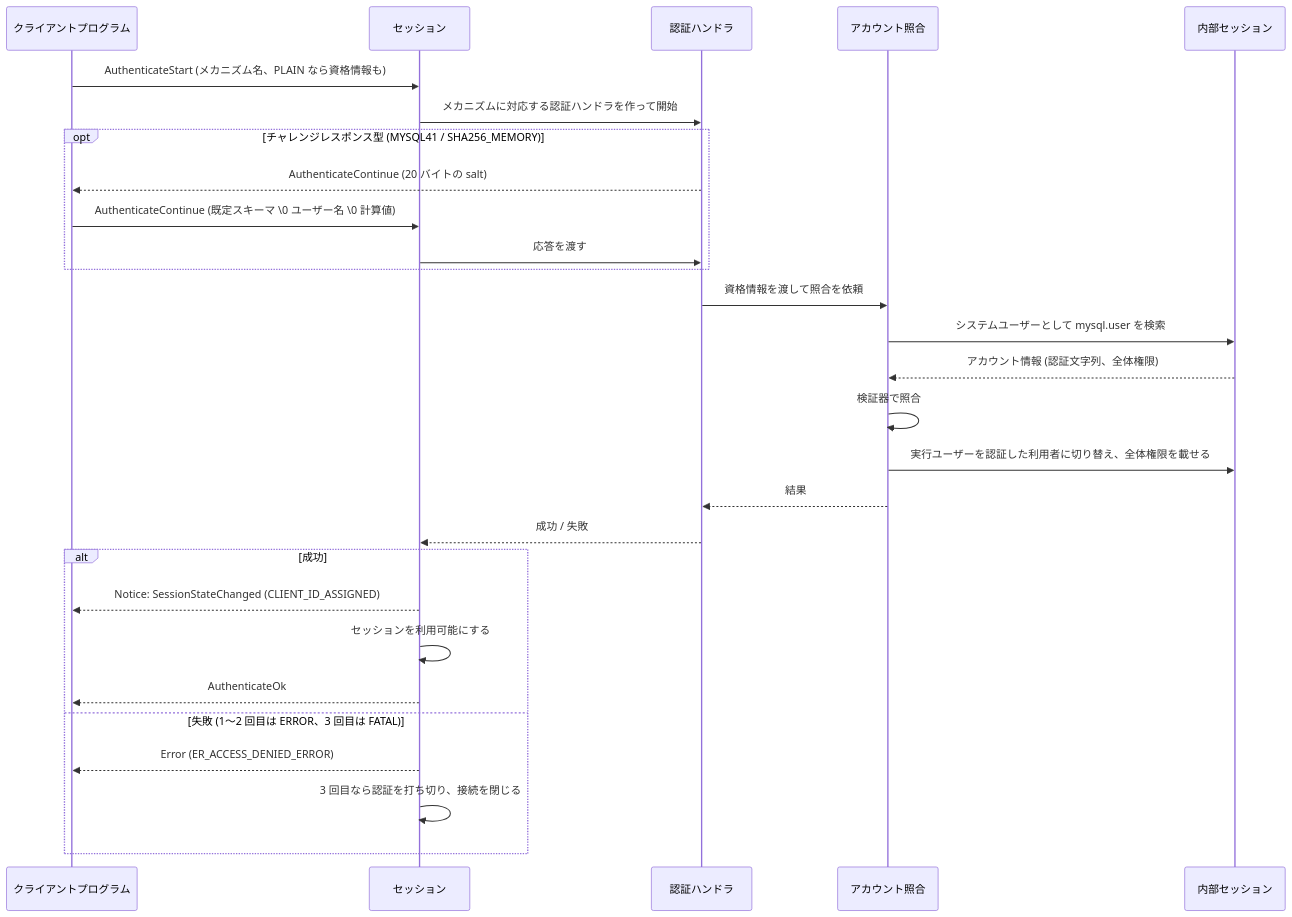
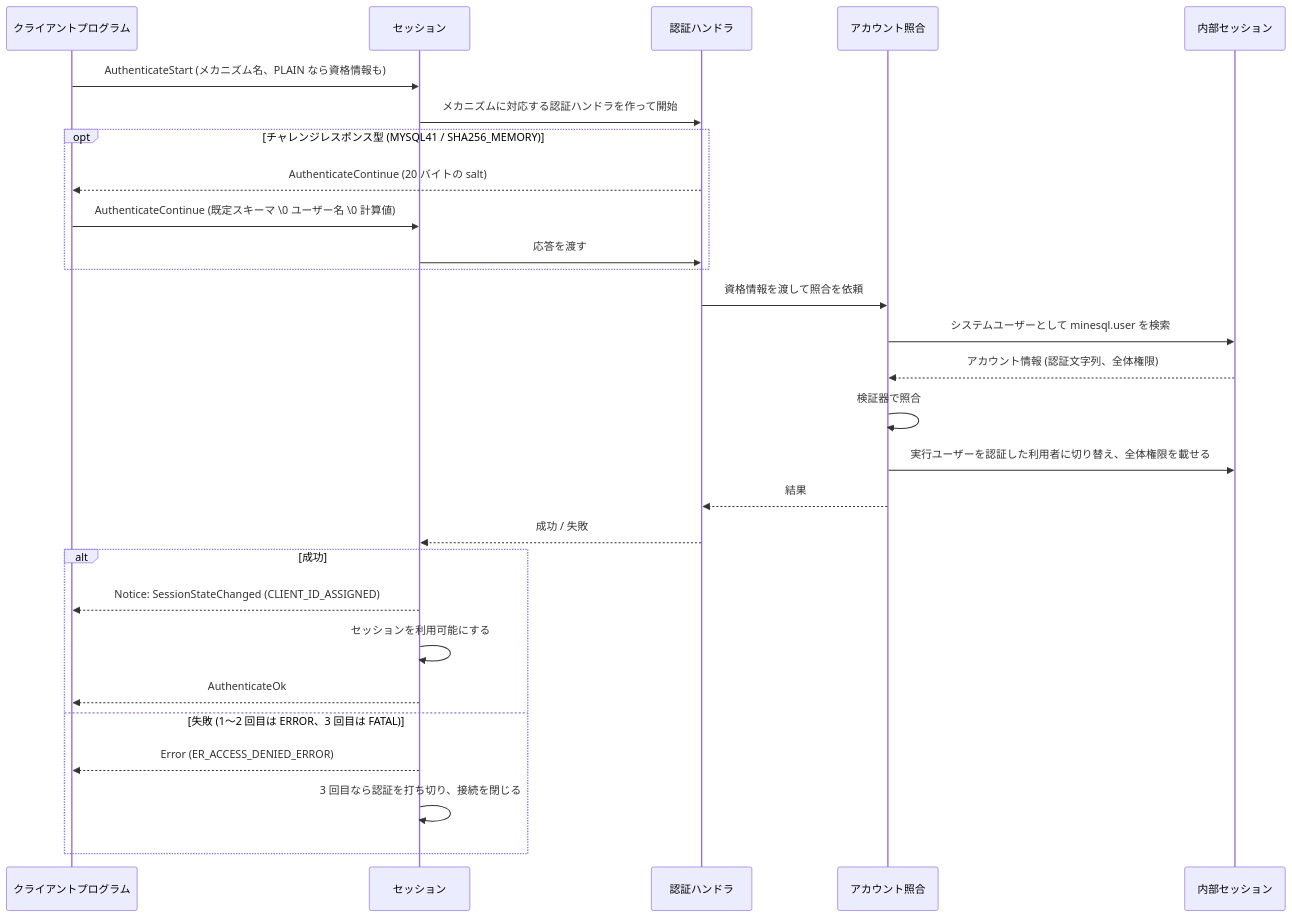
One commit to ren-yamanashi/minesql changed the second of 2 diagrams in docs/specification/connection/authentication.md. Above: the diagram before and after it, drawn with Mermaid. The commit also changed other lines of this file and 8 other files, not shown here.

````diff
--- a/docs/specification/connection/authentication.md
+++ b/docs/specification/connection/authentication.md
@@ -79,30 +79,30 @@
 ```mermaid
 sequenceDiagram
     participant C as クライアントプログラム
     participant S as セッション
     participant A as 認証ハンドラ
     participant V as アカウント照合
     participant I as 内部セッション
     C->>S: AuthenticateStart (メカニズム名、PLAIN なら資格情報も)
     S->>A: メカニズムに対応する認証ハンドラを作って開始
     opt チャレンジレスポンス型 (MYSQL41 / SHA256_MEMORY)
         A-->>C: AuthenticateContinue (20 バイトの salt)
         C->>S: AuthenticateContinue (既定スキーマ \0 ユーザー名 \0 計算値)
         S->>A: 応答を渡す
     end
     A->>V: 資格情報を渡して照合を依頼
-    V->>I: システムユーザーとして mysql.user を検索
+    V->>I: システムユーザーとして minesql.user を検索
     I-->>V: アカウント情報 (認証文字列、全体権限)
     V->>V: 検証器で照合
     V->>I: 実行ユーザーを認証した利用者に切り替え、全体権限を載せる
     V-->>A: 結果
     A-->>S: 成功 / 失敗
     alt 成功
         S-->>C: Notice: SessionStateChanged (CLIENT_ID_ASSIGNED)
         S->>S: セッションを利用可能にする
         S-->>C: AuthenticateOk
     else 失敗 (1〜2 回目は ERROR、3 回目は FATAL)
         S-->>C: Error (ER_ACCESS_DENIED_ERROR)
         S->>S: 3 回目なら認証を打ち切り、接続を閉じる
     end
 ```
````
